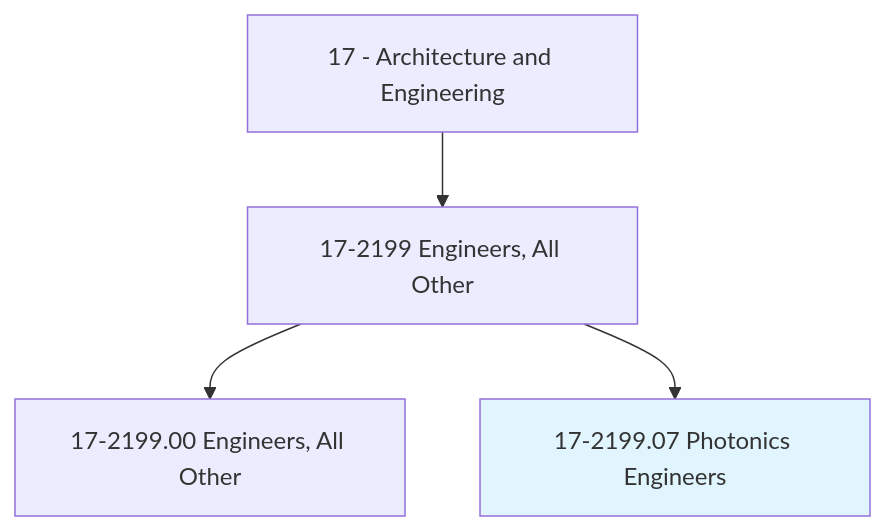
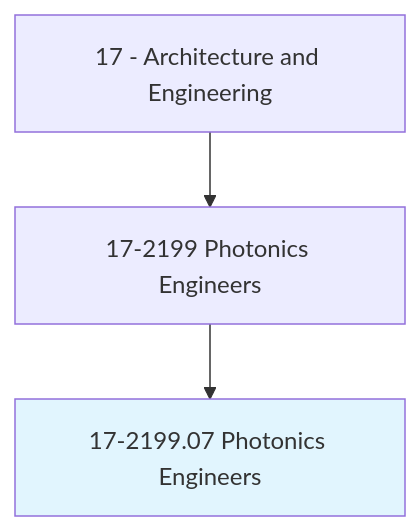
The first of 4 diagrams in occupations/Architecture/PhotonicsEngineers.mdx (kziemski/business.org.ai), drawn with Mermaid before and after one commit. The commit also changed other lines of this file and 938 other files, not shown here.

````diff
--- a/occupations/Architecture/PhotonicsEngineers.mdx
+++ b/occupations/Architecture/PhotonicsEngineers.mdx
@@ -19,7 +23,6 @@
 ```mermaid
 graph TD
-    Cat17["17 - Architecture and Engineering"] --> Group172199["17-2199 Engineers, All Other"]
-    Group172199 --> Base["17-2199.00 Engineers, All Other"]
+    Cat17["17 - Architecture and Engineering"] --> Group172199["17-2199 Photonics Engineers"]
     Group172199 --> Current["17-2199.07 Photonics Engineers"]
     style Current fill:#e1f5fe
 ```
````
